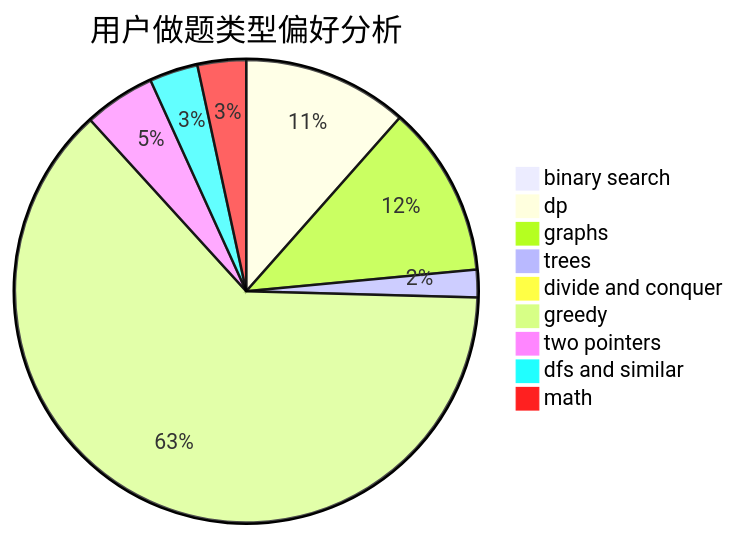
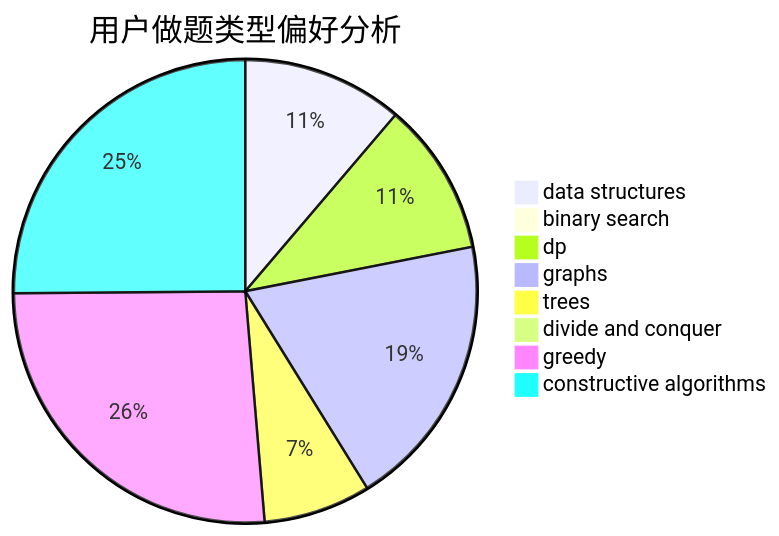
The second of 3 diagrams in docs/user/u780.md (sherpahu/cfrs.github.io), drawn with Mermaid before and after one commit. The commit also changed other lines of this file and 2775 other files, not shown here.

````diff
--- a/docs/user/u780.md
+++ b/docs/user/u780.md
@@ -23,12 +23,11 @@
 ```mermaid
 pie title 用户做题类型偏好分析
-    "binary search" :  2
-    "dp" :  102
-    "graphs" :  106
-    "trees" :  17
-    "divide and conquer" :  2
-    "greedy" :  556
-    "two pointers" :  44
-    "dfs and similar" :  30
-    "math" :  30
+    "data structures" :  21
+    "binary search" :  1
+    "dp" :  20
+    "graphs" :  36
+    "trees" :  14
+    "divide and conquer" :  0
+    "greedy" :  49
+    "constructive algorithms" :  47
 ```
````
